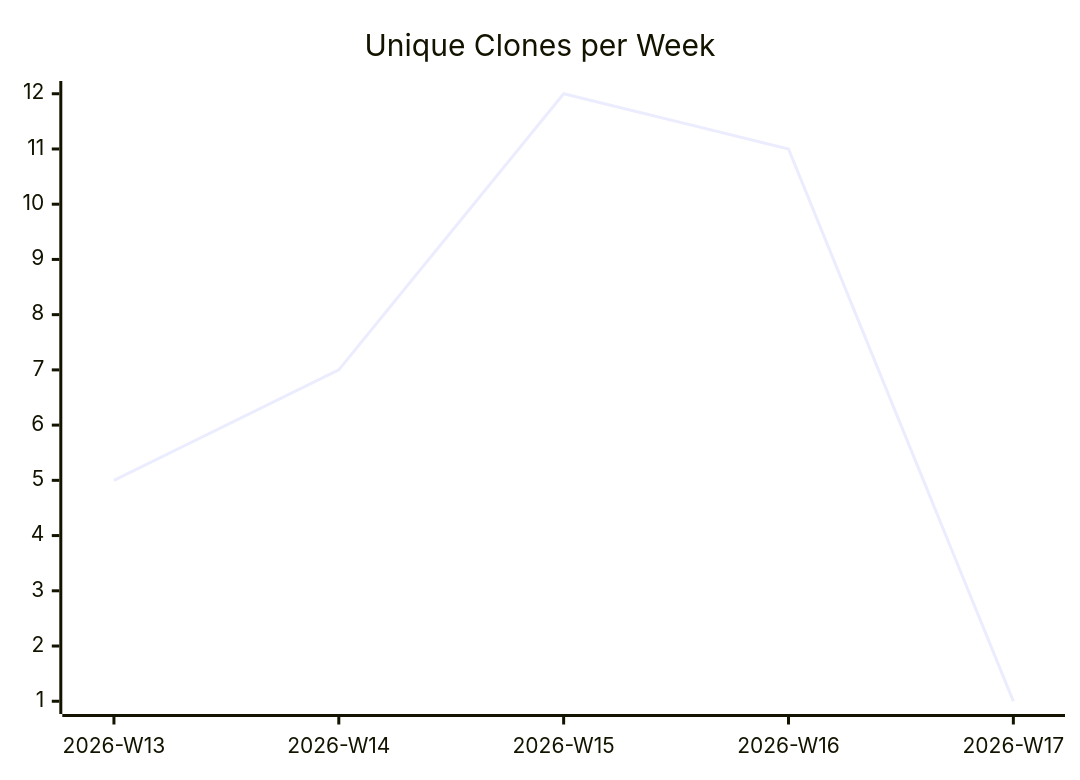
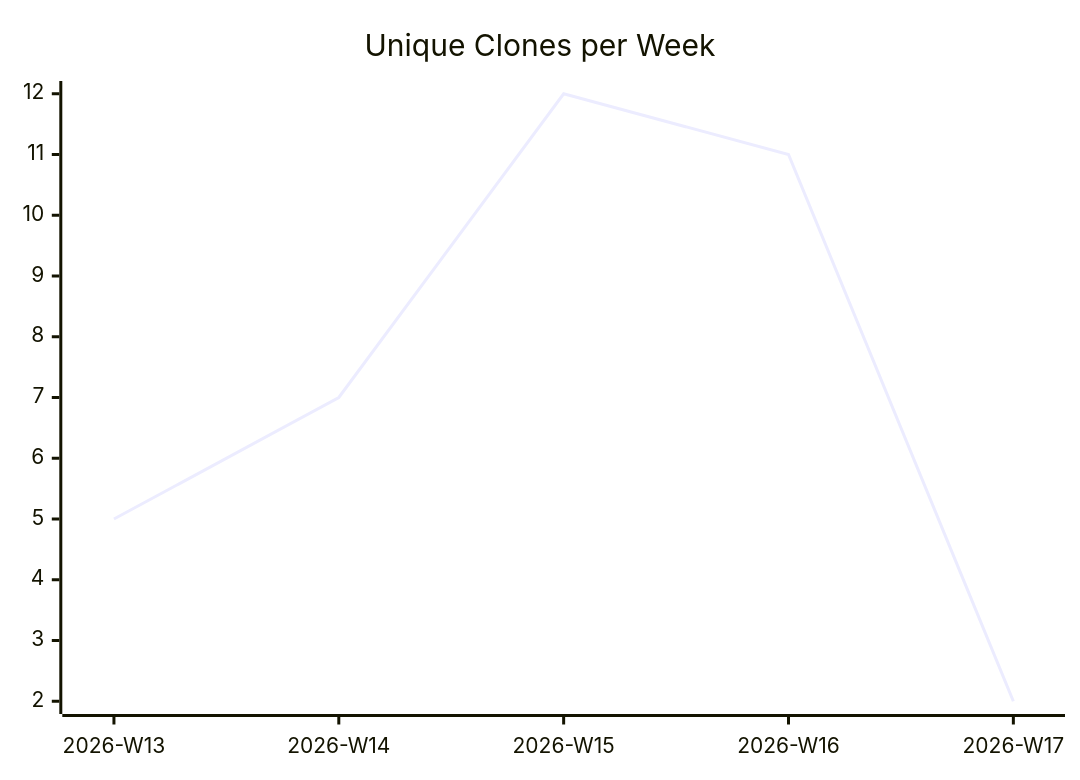
The third of 3 diagrams in karlmdavis/fhir-benchmarks/README.md (justdavis-family/github-analytics-data), drawn with Mermaid before and after one commit. The commit also changed other lines of this file and 198 other files, not shown here.

````diff
--- a/karlmdavis/fhir-benchmarks/README.md
+++ b/karlmdavis/fhir-benchmarks/README.md
@@ -19,6 +19,6 @@
 ```mermaid
 xychart-beta
   title "Unique Clones per Week"
   x-axis ["2026-W13", "2026-W14", "2026-W15", "2026-W16", "2026-W17"]
-  line [5, 7, 12, 11, 1]
+  line [5, 7, 12, 11, 2]
 ```
````
